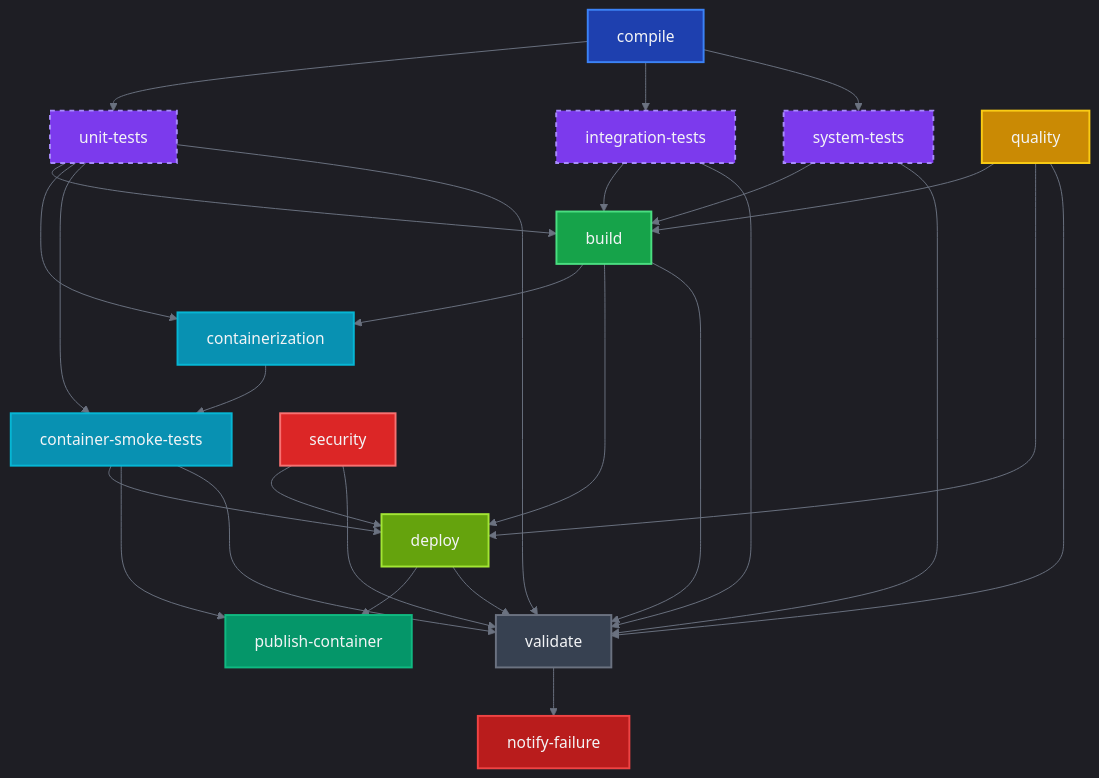
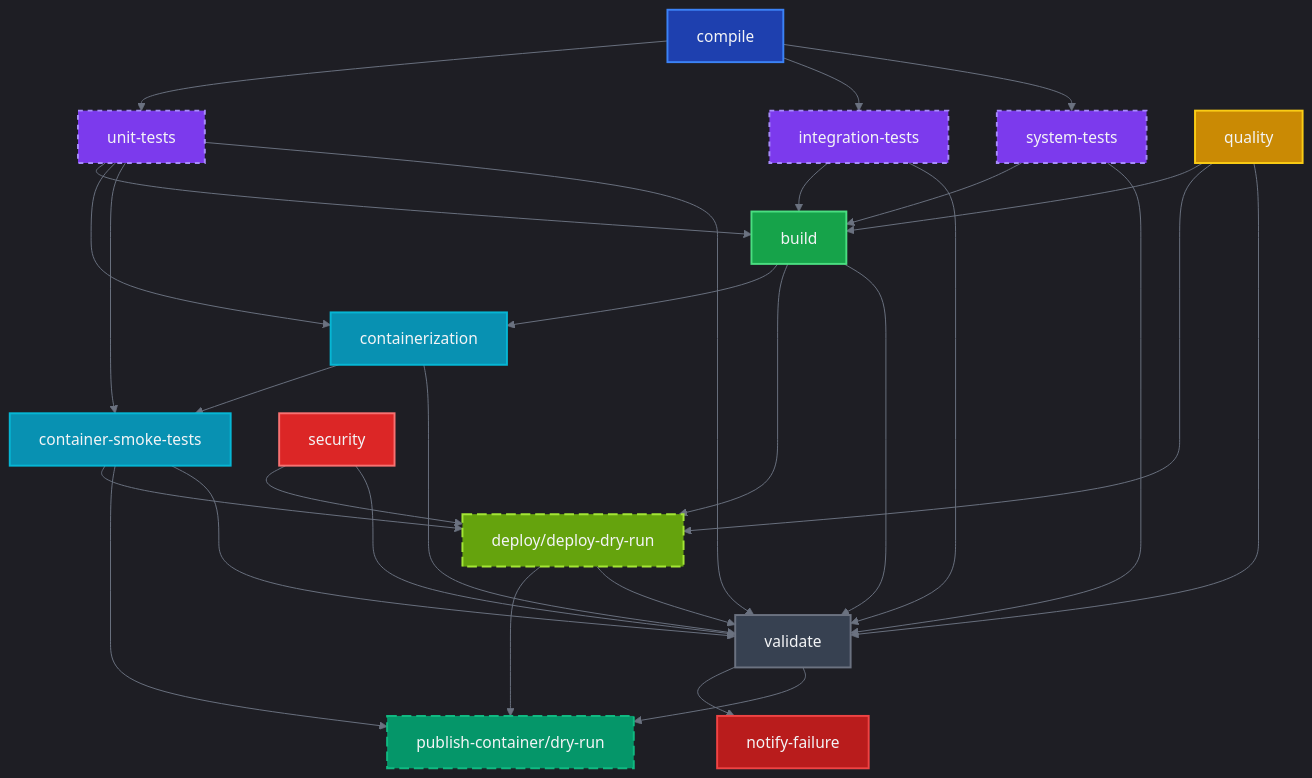
The first of 3 diagrams in docs/CI_ARCHITECTURE.md (spiralhouse/cycletime), drawn with Mermaid before and after one commit. The commit also changed other lines of this file, not shown here.

First line of the commit message:
docs: update CI architecture with dry-run job details

````diff
--- a/docs/CI_ARCHITECTURE.md
+++ b/docs/CI_ARCHITECTURE.md
@@ -19,50 +19,54 @@
 ```mermaid
 %%{init: {'theme':'dark', 'themeVariables': { 'primaryColor':'#1f2937', 'primaryTextColor':'#f3f4f6', 'primaryBorderColor':'#4b5563', 'lineColor':'#6b7280', 'secondaryColor':'#374151', 'tertiaryColor':'#1f2937', 'background':'#111827', 'mainBkg':'#1f2937', 'secondBkg':'#374151', 'tertiaryBkg':'#4b5563', 'textColor':'#f3f4f6', 'labelTextColor':'#f3f4f6', 'nodeTextColor':'#f3f4f6', 'edgeLabelBackground':'#1f2937'}}}%%
 graph TD
     A[compile] --> B[unit-tests]
     A --> C[integration-tests]  
     A --> D[system-tests]
     E[quality] --> F[build]
     B --> F
     C --> F
     D --> F
     F --> G[containerization]
     B --> G
     G --> H[container-smoke-tests]
     B --> H
-    I[security] --> J[deploy]
+    I[security] --> J[deploy/deploy-dry-run]
     H --> J
-    H --> M[publish-container]
+    H --> M[publish-container/dry-run]
     J --> M
     F --> J
     E --> J
     B --> K[validate]
     C --> K
     D --> K
     E --> K
     F --> K
+    G --> K
     H --> K
     I --> K
     J --> K
     K --> L[notify-failure]
+    K --> M
     
     style A fill:#1e40af,stroke:#3b82f6,stroke-width:2px,color:#f3f4f6
     style B fill:#7c3aed,stroke:#a78bfa,stroke-width:2px,color:#f3f4f6
     style C fill:#7c3aed,stroke:#a78bfa,stroke-width:2px,color:#f3f4f6
     style D fill:#7c3aed,stroke:#a78bfa,stroke-width:2px,color:#f3f4f6
     style E fill:#ca8a04,stroke:#facc15,stroke-width:2px,color:#f3f4f6
     style F fill:#16a34a,stroke:#4ade80,stroke-width:2px,color:#f3f4f6
     style G fill:#0891b2,stroke:#06b6d4,stroke-width:2px,color:#f3f4f6
     style H fill:#0891b2,stroke:#06b6d4,stroke-width:2px,color:#f3f4f6
     style M fill:#059669,stroke:#10b981,stroke-width:2px,color:#f3f4f6
     style I fill:#dc2626,stroke:#f87171,stroke-width:2px,color:#f3f4f6
     style J fill:#65a30d,stroke:#a3e635,stroke-width:2px,color:#f3f4f6
     style K fill:#374151,stroke:#6b7280,stroke-width:2px,color:#f3f4f6
     style L fill:#b91c1c,stroke:#ef4444,stroke-width:2px,color:#f3f4f6
     
     classDef parallel stroke:#4ade80,stroke-width:3px,stroke-dasharray: 5 5
     classDef sequential stroke:#facc15,stroke-width:2px
+    classDef conditional stroke:#f59e0b,stroke-width:2px,stroke-dasharray: 10 5
     
     class B,C,D parallel
     class F,G,H sequential
+    class J,M conditional
 ```
````
